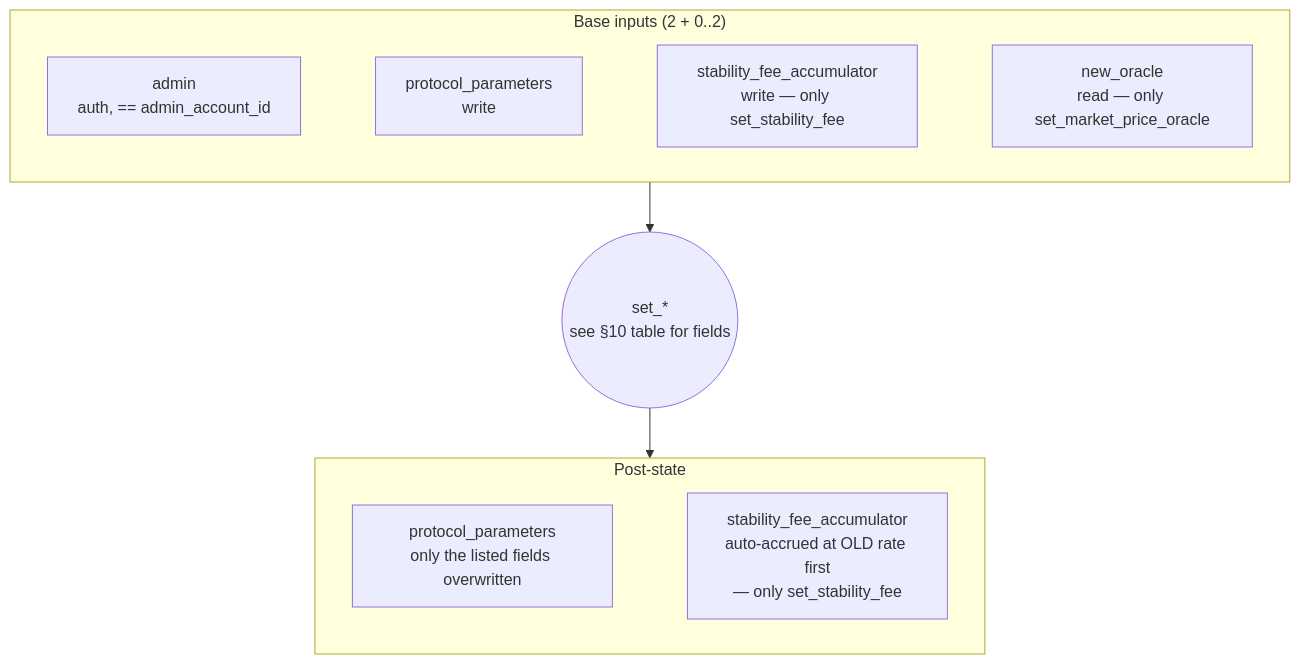
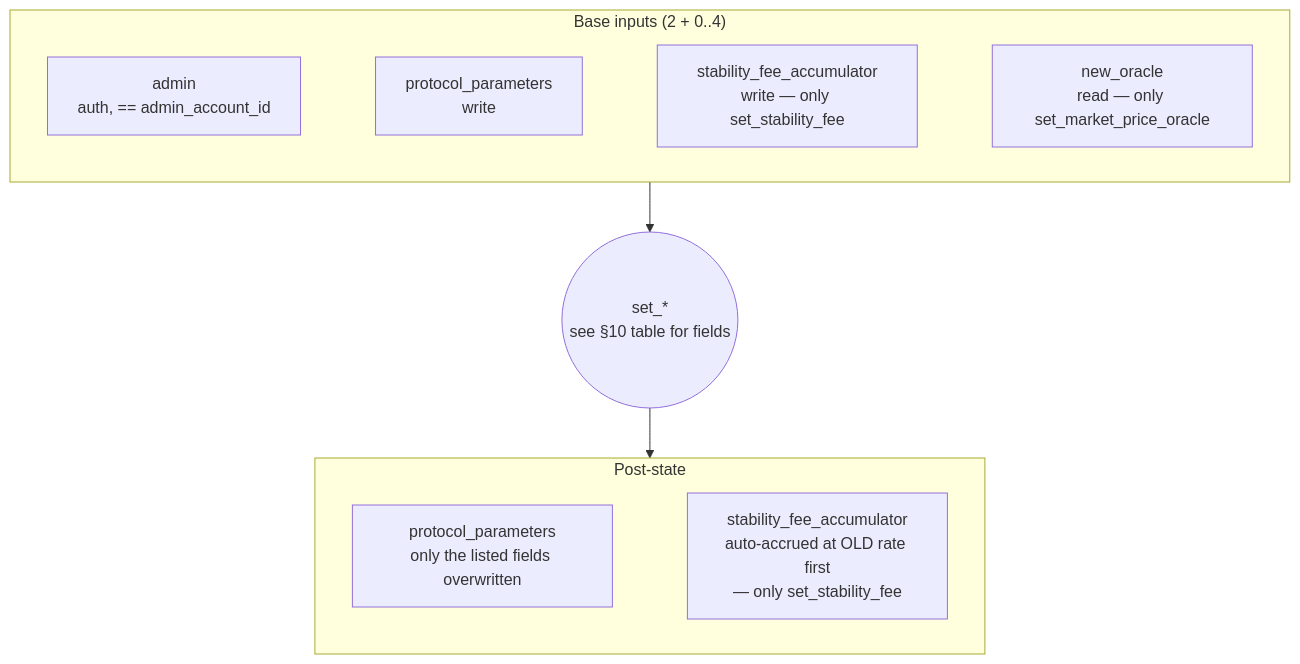
Diagram 13 of 15 in docs/stablecoin/README.md (logos-blockchain/lez-programs), drawn with Mermaid before and after one commit. The commit also changed other lines of this file and 25 other files, not shown here.

````diff
--- a/docs/stablecoin/README.md
+++ b/docs/stablecoin/README.md
@@ -1202,11 +1234,11 @@
 ```mermaid
 flowchart TD
-    subgraph In["Base inputs (2 + 0..2)"]
+    subgraph In["Base inputs (2 + 0..4)"]
         a1[admin<br/>auth, == admin_account_id] ~~~ a2[protocol_parameters<br/>write] ~~~ ax[stability_fee_accumulator<br/>write — only set_stability_fee] ~~~ ay[new_oracle<br/>read — only set_market_price_oracle]
     end
     subgraph Post["Post-state"]
         p1["protocol_parameters<br/>only the listed fields overwritten"] ~~~ px[stability_fee_accumulator<br/>auto-accrued at OLD rate first<br/>— only set_stability_fee]
     end
     In --> Ins((set_*<br/>see §10 table for fields))
     Ins --> Post
 ```
````
